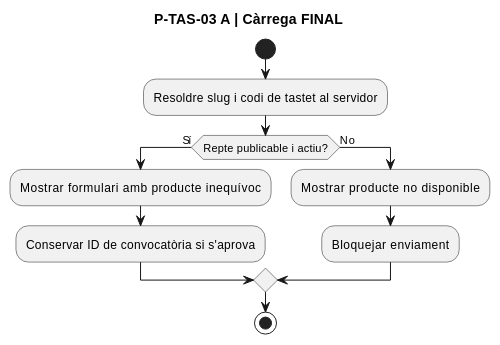
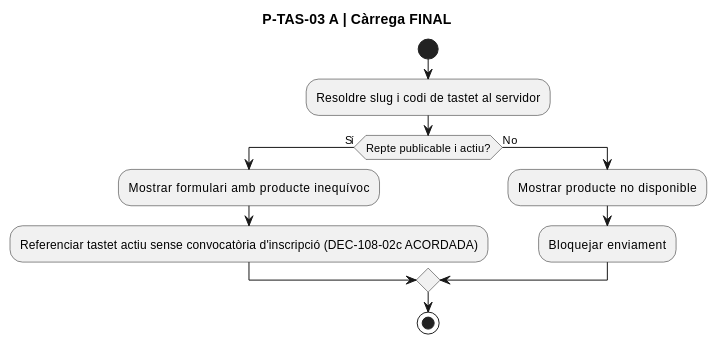
Before and after one commit to orgmeriemprismacat-del/verifactu: diagram 18 of 32 in documentacio/07-uml-integrat/uc-108-activitats-pagines-tastets-actual-final.md, drawn with PlantUML. The commit also changed other lines of this file, not shown here.

Commit message:
docs: agree UC-108 rolling enrollment whenever tastet active without dated intake

````diff
--- a/documentacio/07-uml-integrat/uc-108-activitats-pagines-tastets-actual-final.md
+++ b/documentacio/07-uml-integrat/uc-108-activitats-pagines-tastets-actual-final.md
@@ -451,15 +451,15 @@
 ```plantuml
 @startuml
 title P-TAS-03 A | Càrrega FINAL
 start
 :Resoldre slug i codi de tastet al servidor;
 if (Repte publicable i actiu?) then (Sí)
   :Mostrar formulari amb producte inequívoc;
-  :Conservar ID de convocatòria si s'aprova;
+  :Referenciar tastet actiu sense convocatòria d'inscripció (DEC-108-02c ACORDADA);
 else (No)
   :Mostrar producte no disponible;
   :Bloquejar enviament;
 endif
 stop
 @enduml
 ```
````
